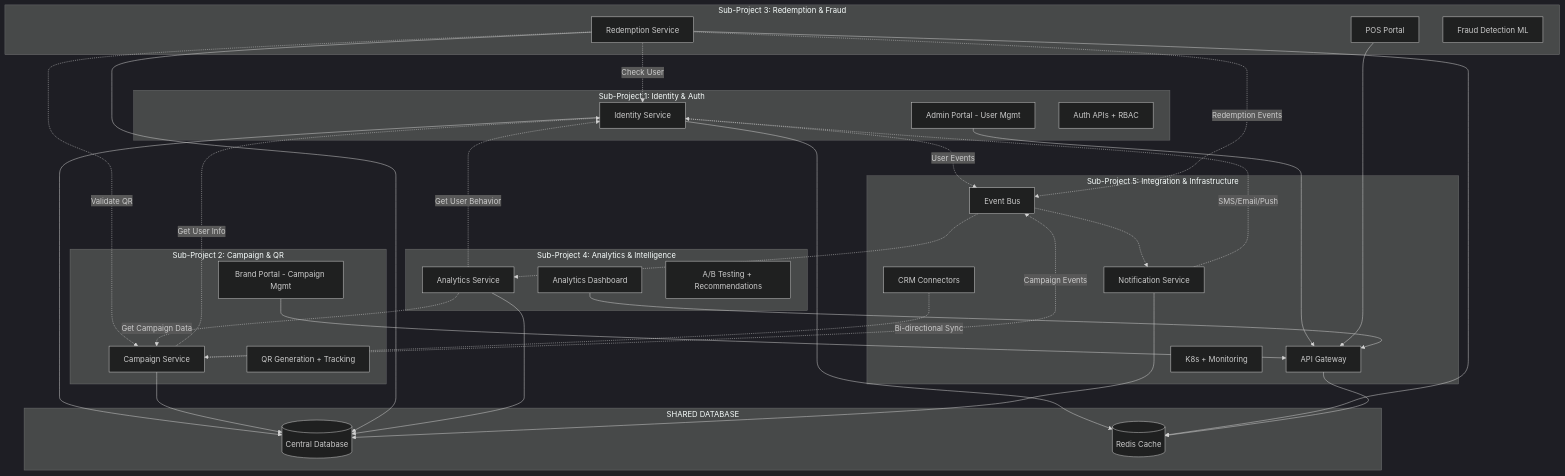
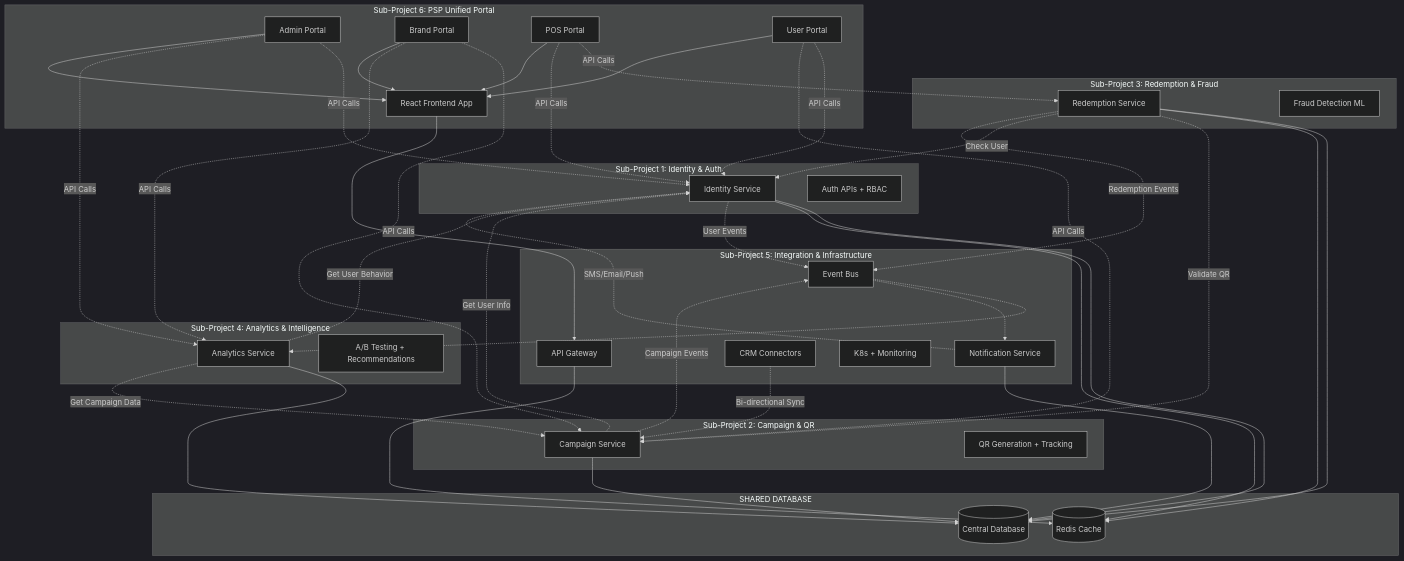
Before and after one commit to thanhhaunv/PRODUCT-SAMPLING: the diagram in codes/README.md, drawn with Mermaid (dark theme). The commit also changed other lines of this file, not shown here.

````diff
--- a/codes/README.md
+++ b/codes/README.md
@@ -9,25 +9,21 @@
     
     subgraph "Sub-Project 1: Identity & Auth"
         P1[Identity Service]
-        P1UI[Admin Portal - User Mgmt]
         P1API[Auth APIs + RBAC]
     end
     
     subgraph "Sub-Project 2: Campaign & QR"
         P2[Campaign Service]
-        P2UI[Brand Portal - Campaign Mgmt]
         P2QR[QR Generation + Tracking]
     end
     
     subgraph "Sub-Project 3: Redemption & Fraud"
         P3[Redemption Service]
-        P3UI[POS Portal]
         P3ML[Fraud Detection ML]
     end
     
     subgraph "Sub-Project 4: Analytics & Intelligence"
         P4[Analytics Service]
-        P4UI[Analytics Dashboard]
         P4ML[A/B Testing + Recommendations]
     end
     
@@ -37,6 +33,14 @@
         P5Notify[Notification Service]
         P5CRM[CRM Connectors]
         P5Infra[K8s + Monitoring]
+    end
+    
+    subgraph "Sub-Project 6: PSP Unified Portal"
+        P6Frontend[React Frontend App]
+        P6Admin[Admin Portal]
+        P6Brand[Brand Portal]
+        P6POS[POS Portal]
+        P6User[User Portal]
     end
     
     %% Database Connections
@@ -65,13 +69,24 @@
     P5Event -.-> P4
     P5Event -.-> P5Notify
     
-    %% UI Access via Gateway
-    P1UI --> P5Gateway
-    P2UI --> P5Gateway
-    P3UI --> P5Gateway
-    P4UI --> P5Gateway
+    %% Frontend to Backend Communication
+    P6Frontend --> P5Gateway
+    P6Admin -.->|"API Calls"| P1
+    P6Admin -.->|"API Calls"| P4
+    P6Brand -.->|"API Calls"| P2
+    P6Brand -.->|"API Calls"| P4
+    P6POS -.->|"API Calls"| P3
+    P6POS -.->|"API Calls"| P1
+    P6User -.->|"API Calls"| P1
+    P6User -.->|"API Calls"| P2
     
     %% External Integrations
     P5CRM -.->|"Bi-directional Sync"| P2
     P5Notify -.->|"SMS/Email/Push"| P1
+    
+    %% Portal Internal Structure
+    P6Admin --> P6Frontend
+    P6Brand --> P6Frontend
+    P6POS --> P6Frontend
+    P6User --> P6Frontend
 ```
````
